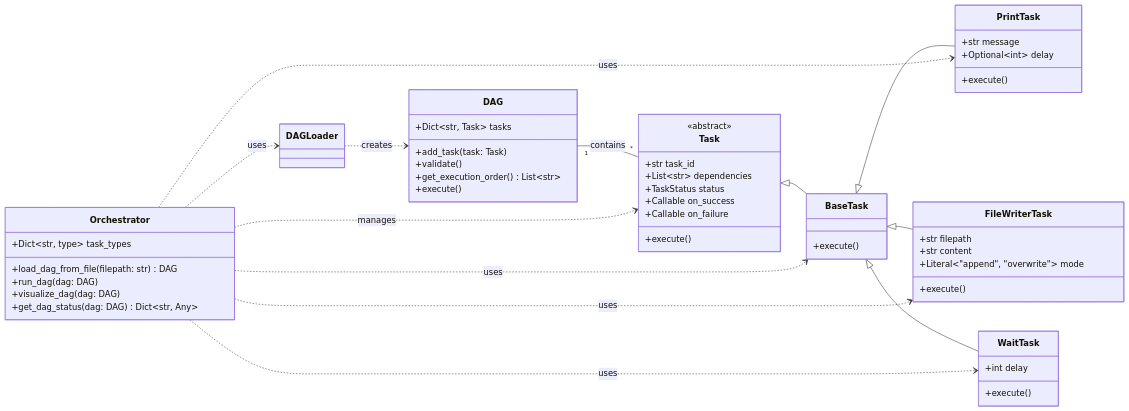
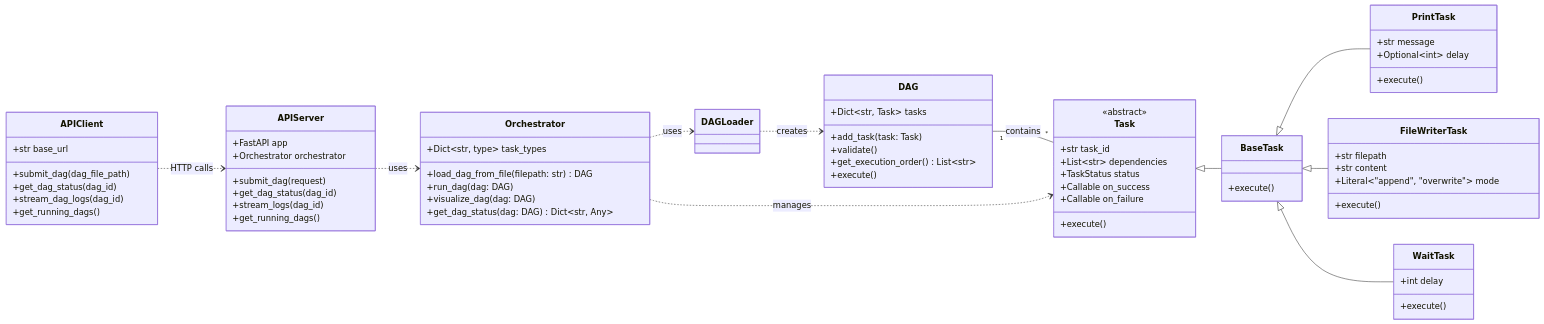
The second of 2 diagrams in README.md (miciav/maestro), drawn with Mermaid before and after one commit. The commit also changed other lines of this file and 9 other files, not shown here.

First line of the commit message:
v0.0.5: Add REST API server and client-server architecture

````diff
--- a/README.md
+++ b/README.md
@@ -163,64 +349,79 @@
 ```mermaid
 classDiagram
     direction LR
     class Task {
         <<abstract>>
         +str task_id
         +List~str~ dependencies
         +TaskStatus status
         +Callable on_success
         +Callable on_failure
         +execute()
     }
 
     class BaseTask {
         +execute()
     }
 
     class PrintTask {
         +str message
         +Optional~int~ delay
         +execute()
     }
 
     class FileWriterTask {
         +str filepath
         +str content
         +Literal~"append", "overwrite"~ mode
         +execute()
     }
 
     class WaitTask {
         +int delay
         +execute()
     }
 
     class DAG {
         +Dict~str, Task~ tasks
         +add_task(task: Task)
         +validate()
         +get_execution_order() List~str~
         +execute()
     }
 
     class Orchestrator {
         +Dict~str, type~ task_types
         +load_dag_from_file(filepath: str) DAG
         +run_dag(dag: DAG)
         +visualize_dag(dag: DAG)
         +get_dag_status(dag: DAG) Dict~str, Any~
     }
 
+    class APIServer {
+        +FastAPI app
+        +Orchestrator orchestrator
+        +submit_dag(request)
+        +get_dag_status(dag_id)
+        +stream_logs(dag_id)
+        +get_running_dags()
+    }
+
+    class APIClient {
+        +str base_url
+        +submit_dag(dag_file_path)
+        +get_dag_status(dag_id)
+        +stream_dag_logs(dag_id)
+        +get_running_dags()
+    }
+
     Task <|-- BaseTask
     BaseTask <|-- PrintTask
     BaseTask <|-- FileWriterTask
     BaseTask <|-- WaitTask
     DAG "1" -- "*" Task : contains
     Orchestrator ..> DAGLoader : uses
     DAGLoader ..> DAG : creates
     Orchestrator ..> Task : manages
-    Orchestrator ..> BaseTask : uses
-    Orchestrator ..> PrintTask : uses
-    Orchestrator ..> FileWriterTask : uses
-    Orchestrator ..> WaitTask : uses
+    APIServer ..> Orchestrator : uses
+    APIClient ..> APIServer : HTTP calls
 ```
````
